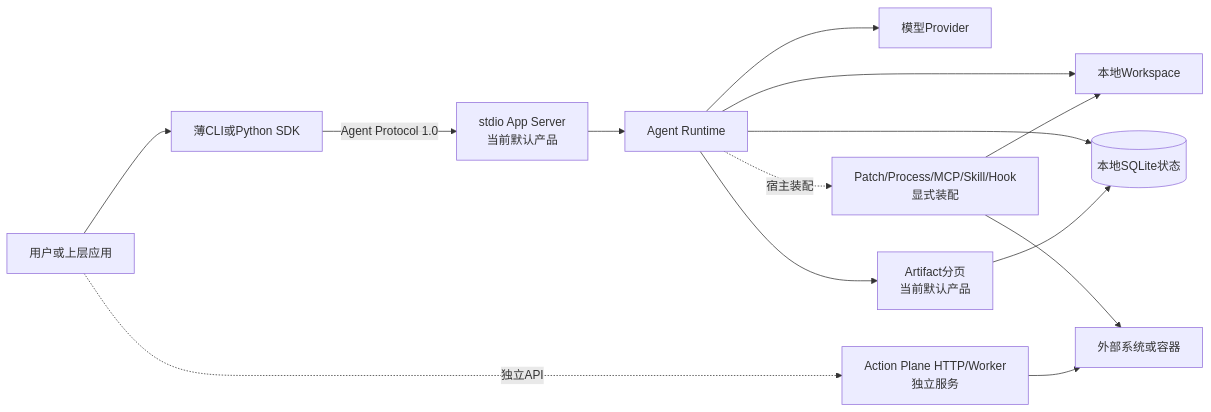
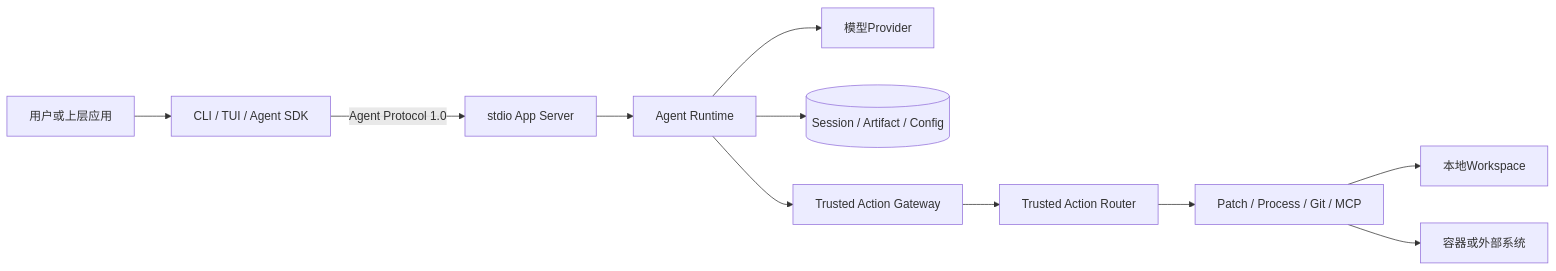
The first of 19 diagrams in docs/architecture.md (carrie1988/Harnessix), drawn with Mermaid before and after one commit. The commit also changed other lines of this file and 82 other files, not shown here.

````diff
--- a/docs/architecture.md
+++ b/docs/architecture.md
@@ -153,27 +256,23 @@
 ```mermaid
 flowchart LR
     User[用户或上层应用]
-    Client[薄CLI或Python SDK]
-    Product[stdio App Server<br/>当前默认产品]
+    Client[CLI / TUI / Agent SDK]
+    Product[stdio App Server]
     Agent[Agent Runtime]
     Provider[模型Provider]
+    Session[(Session / Artifact / Config)]
+    Gateway[Trusted Action Gateway]
+    Router[Trusted Action Router]
+    Executors[Patch / Process / Git / MCP]
     Workspace[本地Workspace]
-    State[(本地SQLite状态)]
-    Artifact[Artifact分页<br/>当前默认产品]
-    Extensions[Patch/Process/MCP/Skill/Hook<br/>显式装配]
-    Plane[Action Plane HTTP/Worker<br/>独立服务]
-    External[外部系统或容器]
+    External[容器或外部系统]
 
     User --> Client
     Client -->|Agent Protocol 1.0| Product
     Product --> Agent
     Agent --> Provider
-    Agent --> Workspace
-    Agent --> State
-    Agent --> Artifact --> State
-    Agent -.宿主装配.-> Extensions
-    Extensions --> Workspace
-    Extensions --> External
-    User -.独立API.-> Plane
-    Plane --> External
+    Agent --> Session
+    Agent --> Gateway --> Router --> Executors
+    Executors --> Workspace
+    Executors --> External
 ```
````
